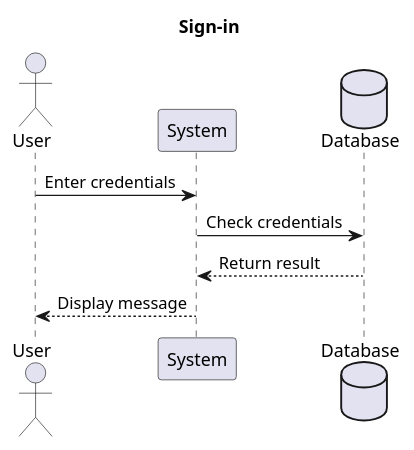
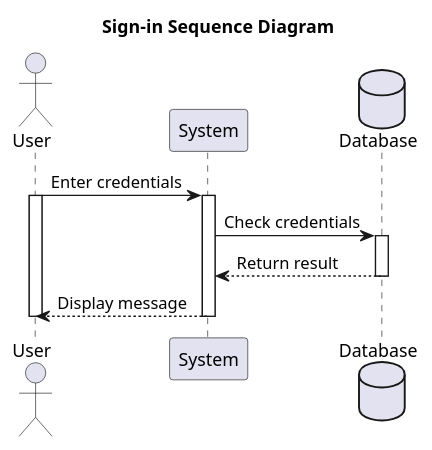
The diagram in Lab1.2/Sequence diagram/Code/Sign In.wsd (baonehe/SE357-Pratice-class), drawn with PlantUML before and after one commit. The commit also changed 99 other files, not shown here.

Commit message:
Update sequence diagram

```diff
--- a/Lab1.2/Sequence diagram/Code/Sign In.wsd
+++ b/Lab1.2/Sequence diagram/Code/Sign In.wsd
@@ -1,13 +1,20 @@
 @startuml
-title Sign-in 
+title Sign-in Sequence Diagram
 
 actor User
 participant System
 Database Database
 
 User -> System : Enter credentials
+activate User
+activate System
+
 System -> Database : Check credentials
+activate Database
 Database --> System : Return result
+deactivate 
 System --> User : Display message
 
+deactivate System
+deactivate User
 @enduml
```
